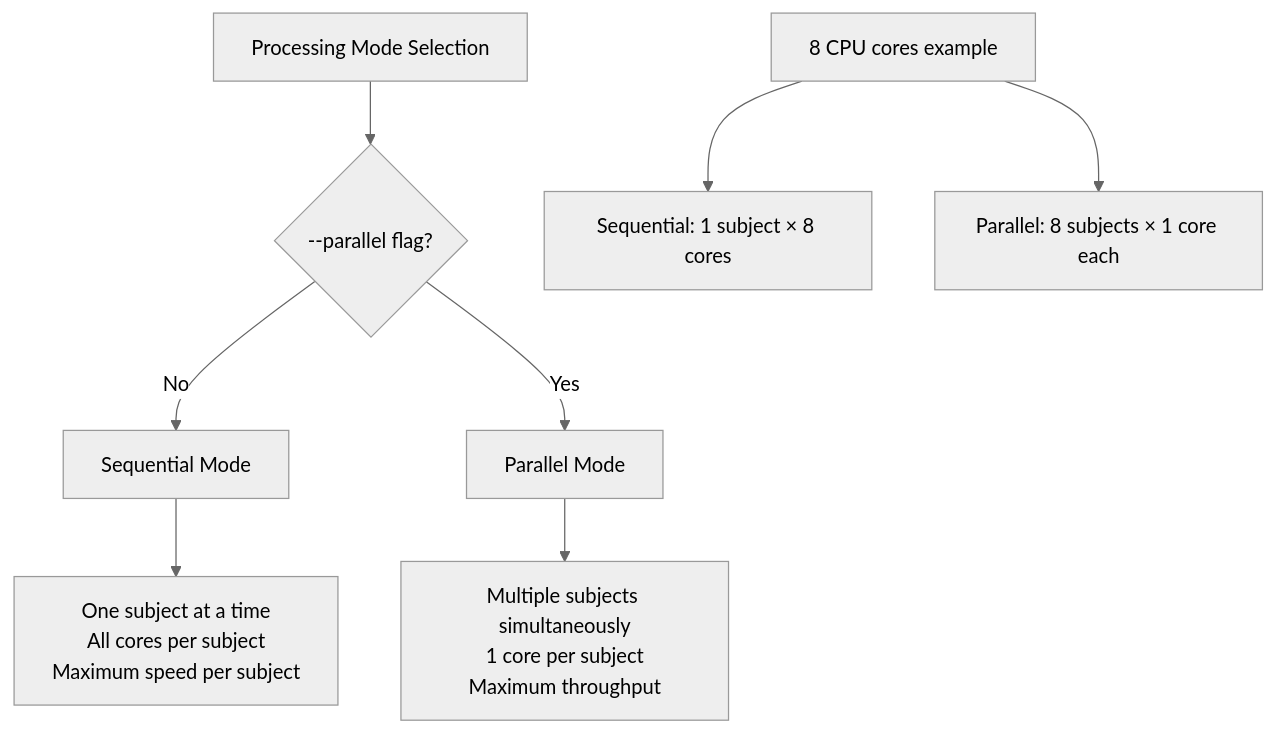
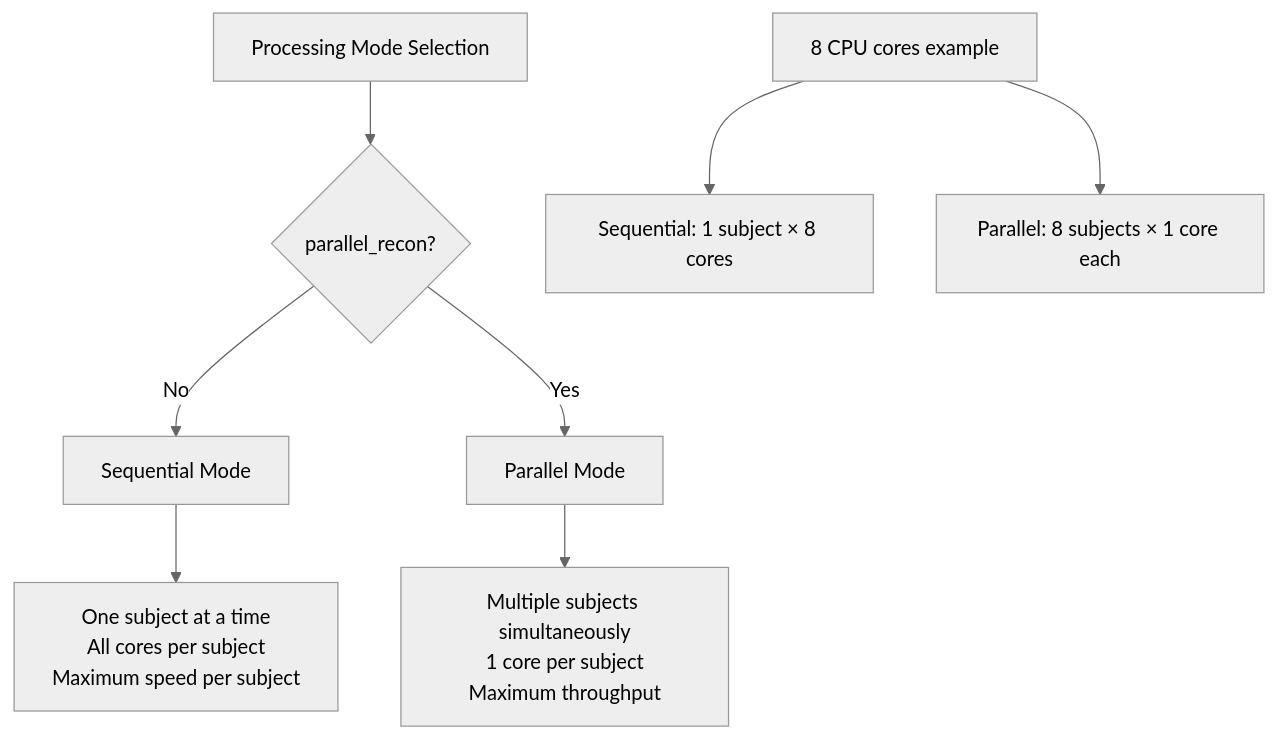
One commit to idossha/TI-Toolbox changed the second of 2 diagrams in docs/wiki/pre-processing.md. Above: the diagram before and after it, drawn with Mermaid (neutral theme). The commit also changed other lines of this file and 26 other files, not shown here.

````diff
--- a/docs/wiki/pre-processing.md
+++ b/docs/wiki/pre-processing.md
@@ -203,12 +209,12 @@
 ```mermaid
 graph TD
-    A[Processing Mode Selection] --> B{--parallel flag?}
+    A[Processing Mode Selection] --> B{parallel_recon?}
     B -->|No| C[Sequential Mode]
     B -->|Yes| D[Parallel Mode]
     
     C --> E[One subject at a time<br/>All cores per subject<br/>Maximum speed per subject]
     D --> F[Multiple subjects simultaneously<br/>1 core per subject<br/>Maximum throughput]
     
     G[8 CPU cores example] --> H[Sequential: 1 subject × 8 cores]
     G --> I[Parallel: 8 subjects × 1 core each]
 ```
````
